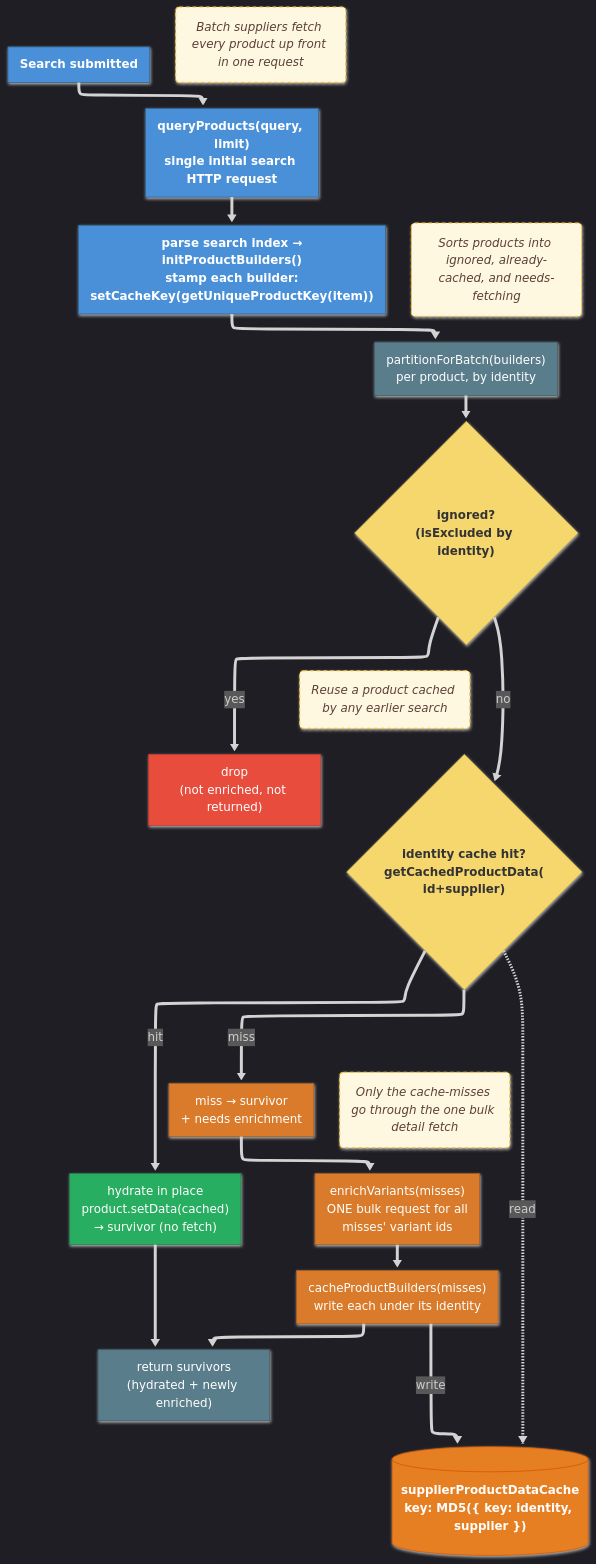
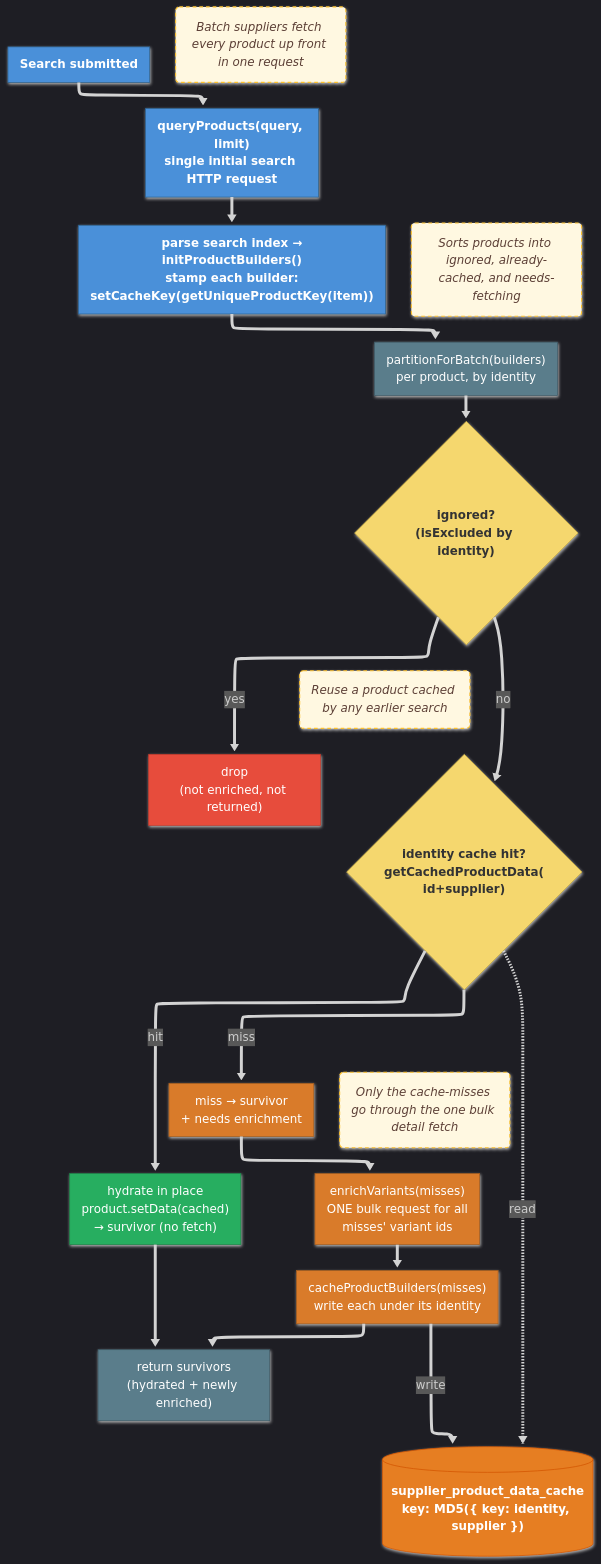
The fourth of 5 diagrams in pages/diagrams/search-cache-flow.md (jhyland87/chem-pal), drawn with Mermaid before and after one commit. The commit also changed other lines of this file and 6 other files, not shown here.

````diff
--- a/pages/diagrams/search-cache-flow.md
+++ b/pages/diagrams/search-cache-flow.md
@@ -297,74 +297,74 @@
 ```mermaid
 ---
 config:
   layout: elk
   htmlLabels: true
   look: neo
   theme: dark
   flowchart:
     curve: basis
 ---
 flowchart TB
 linkStyle default stroke-width:4px;
 classDef init fill:#4A90D9,stroke:#2C5F8A,color:#fff,font-weight:bold
 classDef idb fill:#E67E22,stroke:#D35400,color:#fff,font-weight:bold
 classDef cacheFlow fill:#5A7D8B,stroke:#3E5A66,color:#fff
 classDef hit fill:#27AE60,stroke:#1E8449,color:#fff
 classDef miss fill:#D97B2A,stroke:#A35D1F,color:#fff
 classDef decision fill:#F5D76E,stroke:#C5A83D,color:#333,font-weight:bold
 classDef drop fill:#E74C3C,stroke:#C0392B,color:#fff
 
 SUBMIT["Search submitted"]
 QUERY["queryProducts(query, limit)\nsingle initial search HTTP request"]
 PARSE["parse search index →\ninitProductBuilders()\nstamp each builder:\nsetCacheKey(getUniqueProductKey(item))"]
 SUBMIT --> QUERY --> PARSE
 
 PART["partitionForBatch(builders)\nper product, by identity"]
 PARSE --> PART
 
 EXCL{"ignored?\n(isExcluded by identity)"}
 PART --> EXCL
 DROP["drop\n(not enriched, not returned)"]
 EXCL -->|"yes"| DROP
 
 LOOKUP{"identity cache hit?\ngetCachedProductData(\nid+supplier)"}
 EXCL -->|"no"| LOOKUP
 HYDRATE["hydrate in place\nproduct.setData(cached)\n→ survivor (no fetch)"]
 MISS["miss → survivor\n+ needs enrichment"]
 LOOKUP -->|"hit"| HYDRATE
 LOOKUP -->|"miss"| MISS
 
 ENRICH["enrichVariants(misses)\nONE bulk request for all\nmisses' variant ids"]
 WRITE["cacheProductBuilders(misses)\nwrite each under its identity"]
 MISS --> ENRICH --> WRITE
 
 RETURN["return survivors\n(hydrated + newly enriched)"]
 HYDRATE --> RETURN
 WRITE --> RETURN
 
-PDS[("supplierProductDataCache\nkey: MD5({ key: identity, supplier })")]
+PDS[("supplier_product_data_cache\nkey: MD5({ key: identity, supplier })")]
 LOOKUP -.->|"read"| PDS
 WRITE -->|"write"| PDS
 
 class SUBMIT,QUERY,PARSE init
 class PART,RETURN cacheFlow
 class EXCL,LOOKUP decision
 class HYDRATE hit
 class MISS,ENRICH,WRITE miss
 class DROP drop
 class PDS idb
 
 %% ── Descriptor notes: plain-English descriptions pinned next to key nodes ──
 classDef descriptor fill:#FFF8E1,stroke:#FBC02D,stroke-width:1.5px,color:#5D4037,stroke-dasharray:5 4,font-style:italic
 D_QUERY("Batch suppliers fetch every product up front in one request")
 D_PART("Sorts products into ignored, already-cached, and needs-fetching")
 D_LOOKUP("Reuse a product cached by any earlier search")
 D_ENRICH("Only the cache-misses go through the one bulk detail fetch")
 D_QUERY ~~~ QUERY
 D_PART ~~~ PART
 D_LOOKUP ~~~ LOOKUP
 D_ENRICH ~~~ ENRICH
 class D_QUERY,D_PART,D_LOOKUP,D_ENRICH descriptor
 %% Hide the connector lines for the descriptor notes (the last 4 links).
 linkStyle 14,15,16,17 stroke-width:0px,stroke:transparent
 ```
````
